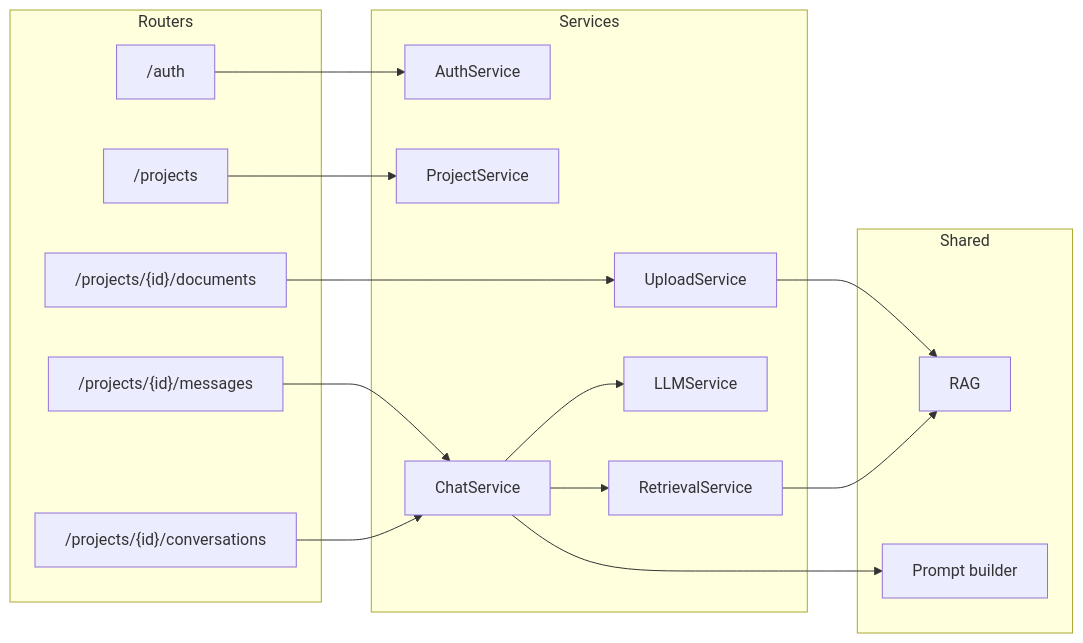
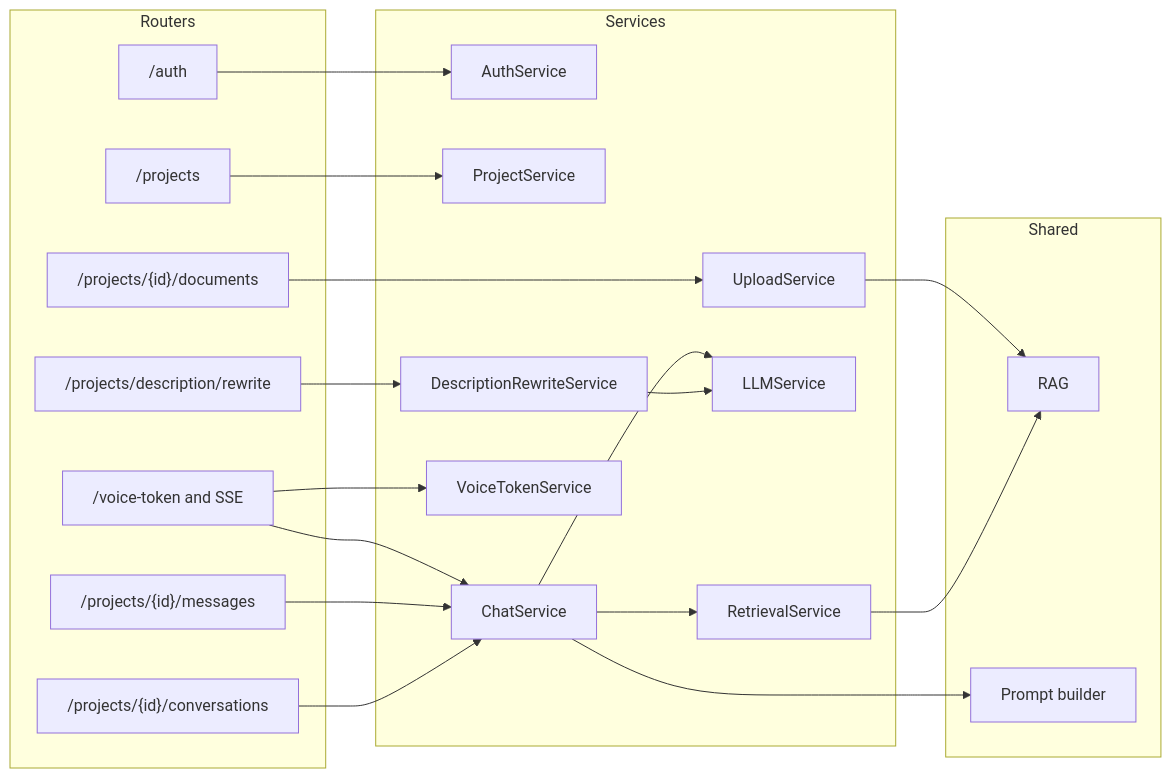
One commit to SHRIYAASK/chatbot-platform_assignment changed the third of 7 diagrams in README.md. Above: the diagram before and after it, drawn with Mermaid. The commit also changed other lines of this file and 40 other files, not shown here.

First line of the commit message:
Add voice calls, AI description rewrite, and embedded voice worker.

````diff
--- a/README.md
+++ b/README.md
@@ -101,32 +116,40 @@
 ```mermaid
 flowchart LR
     subgraph Routers
         R1["/auth"]
         R2["/projects"]
+        R2b["/projects/description/rewrite"]
         R3["/projects/{id}/conversations"]
         R4["/projects/{id}/messages"]
         R5["/projects/{id}/documents"]
+        R6["/voice-token and SSE"]
     end
     subgraph Services
         AuthSvc[AuthService]
         ProjSvc[ProjectService]
+        RewriteSvc[DescriptionRewriteService]
         ChatSvc[ChatService]
         UploadSvc[UploadService]
         LLMSvc[LLMService]
         RetSvc[RetrievalService]
+        VoiceSvc[VoiceTokenService]
     end
     subgraph Shared
         RAG[RAG]
         LLM[Prompt builder]
     end
     R1 --> AuthSvc
     R2 --> ProjSvc
+    R2b --> RewriteSvc
     R3 --> ChatSvc
     R4 --> ChatSvc
     R5 --> UploadSvc
+    R6 --> VoiceSvc
+    R6 --> ChatSvc
+    RewriteSvc --> LLMSvc
     ChatSvc --> RetSvc
     ChatSvc --> LLMSvc
     ChatSvc --> LLM
     RetSvc --> RAG
     UploadSvc --> RAG
 ```
````
